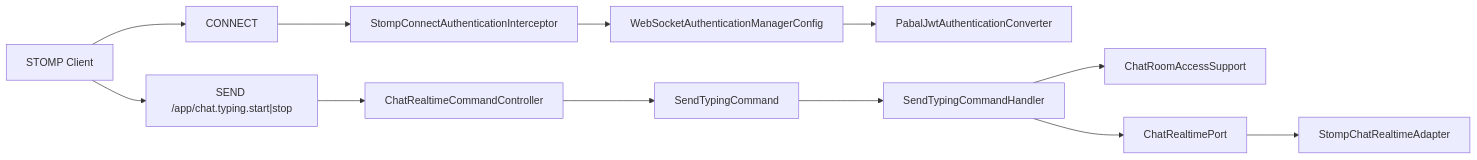
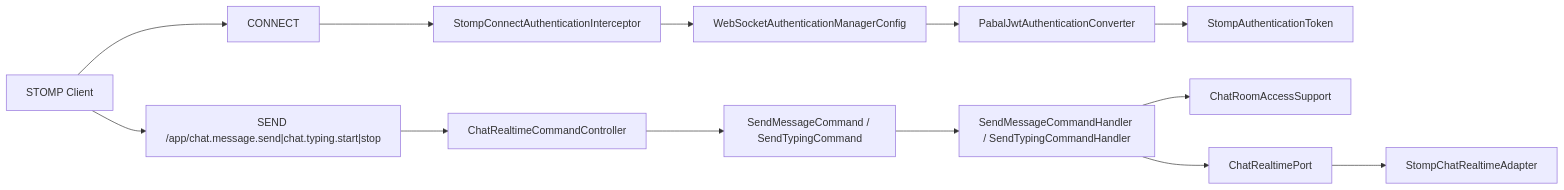
One commit to woojun-k/pabal changed the fourth of 5 diagrams in docs/architecture/runtime-flow.md. Above: the diagram before and after it, drawn with Mermaid. The commit also changed other lines of this file and 112 other files, not shown here.

````diff
--- a/docs/architecture/runtime-flow.md
+++ b/docs/architecture/runtime-flow.md
@@ -98,14 +124,15 @@
 ```mermaid
 flowchart LR
     client["STOMP Client"] --> connect["CONNECT"]
     connect --> interceptor["StompConnectAuthenticationInterceptor"]
     interceptor --> authManager["WebSocketAuthenticationManagerConfig"]
     authManager --> converter["PabalJwtAuthenticationConverter"]
-    client --> send["SEND /app/chat.typing.start|stop"]
+    converter --> stompToken["StompAuthenticationToken"]
+    client --> send["SEND /app/chat.message.send|chat.typing.start|stop"]
     send --> controller["ChatRealtimeCommandController"]
-    controller --> command["SendTypingCommand"]
-    command --> handler["SendTypingCommandHandler"]
+    controller --> command["SendMessageCommand / SendTypingCommand"]
+    command --> handler["SendMessageCommandHandler / SendTypingCommandHandler"]
     handler --> access["ChatRoomAccessSupport"]
     handler --> port["ChatRealtimePort"]
     port --> adapter["StompChatRealtimeAdapter"]
 ```
````
